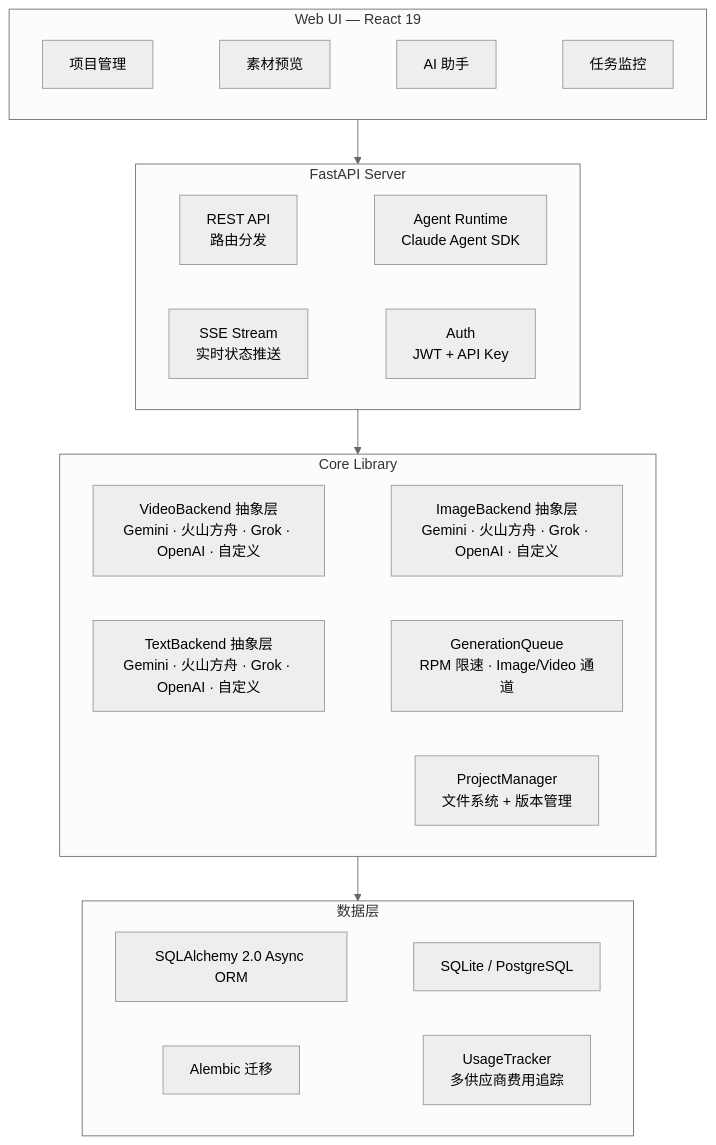
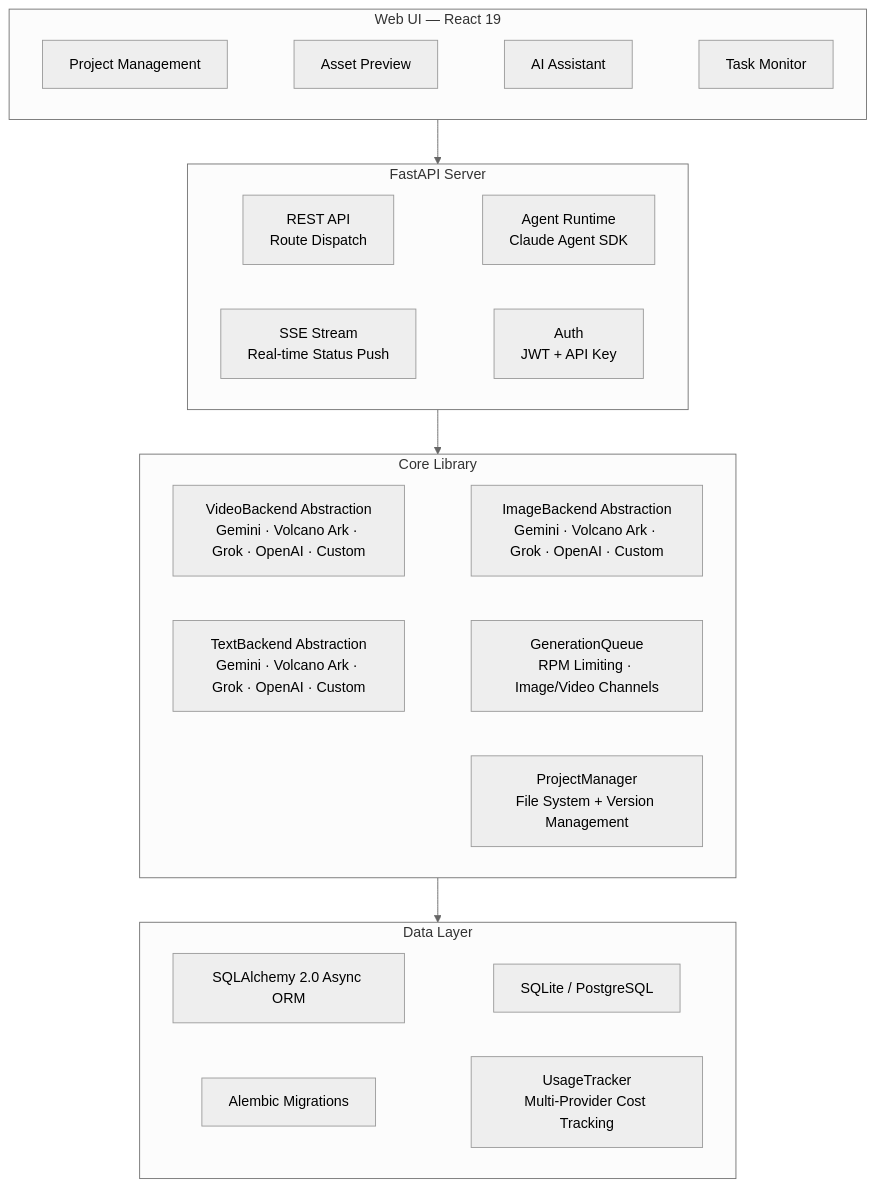
One commit to lang315/ArcReel changed the third of 3 diagrams in README.md. Above: the diagram before and after it, drawn with Mermaid (neutral theme). The commit also changed other lines of this file and 3 other files, not shown here.

````diff
--- a/README.md
+++ b/README.md
@@ -219,24 +218,24 @@
 ```mermaid
 flowchart TB
     subgraph UI["Web UI — React 19"]
-        U1["项目管理"] ~~~ U2["素材预览"] ~~~ U3["AI 助手"] ~~~ U4["任务监控"]
+        U1["Project Management"] ~~~ U2["Asset Preview"] ~~~ U3["AI Assistant"] ~~~ U4["Task Monitor"]
     end
 
     subgraph Server["FastAPI Server"]
-        S1["REST API<br/>路由分发"] ~~~ S2["Agent Runtime<br/>Claude Agent SDK"]
-        S3["SSE Stream<br/>实时状态推送"] ~~~ S4["Auth<br/>JWT + API Key"]
+        S1["REST API<br/>Route Dispatch"] ~~~ S2["Agent Runtime<br/>Claude Agent SDK"]
+        S3["SSE Stream<br/>Real-time Status Push"] ~~~ S4["Auth<br/>JWT + API Key"]
     end
 
     subgraph Core["Core Library"]
-        C1["VideoBackend 抽象层<br/>Gemini · 火山方舟 · Grok · OpenAI · 自定义"] ~~~ C2["ImageBackend 抽象层<br/>Gemini · 火山方舟 · Grok · OpenAI · 自定义"]
-        C5["TextBackend 抽象层<br/>Gemini · 火山方舟 · Grok · OpenAI · 自定义"] ~~~ C3["GenerationQueue<br/>RPM 限速 · Image/Video 通道"]
-        C4["ProjectManager<br/>文件系统 + 版本管理"]
+        C1["VideoBackend Abstraction<br/>Gemini · Volcano Ark · Grok · OpenAI · Custom"] ~~~ C2["ImageBackend Abstraction<br/>Gemini · Volcano Ark · Grok · OpenAI · Custom"]
+        C5["TextBackend Abstraction<br/>Gemini · Volcano Ark · Grok · OpenAI · Custom"] ~~~ C3["GenerationQueue<br/>RPM Limiting · Image/Video Channels"]
+        C4["ProjectManager<br/>File System + Version Management"]
     end
 
-    subgraph Data["数据层"]
+    subgraph Data["Data Layer"]
         D1["SQLAlchemy 2.0 Async ORM"] ~~~ D2["SQLite / PostgreSQL"]
-        D3["Alembic 迁移"] ~~~ D4["UsageTracker<br/>多供应商费用追踪"]
+        D3["Alembic Migrations"] ~~~ D4["UsageTracker<br/>Multi-Provider Cost Tracking"]
     end
 
     UI --> Server --> Core --> Data
 ```
````
